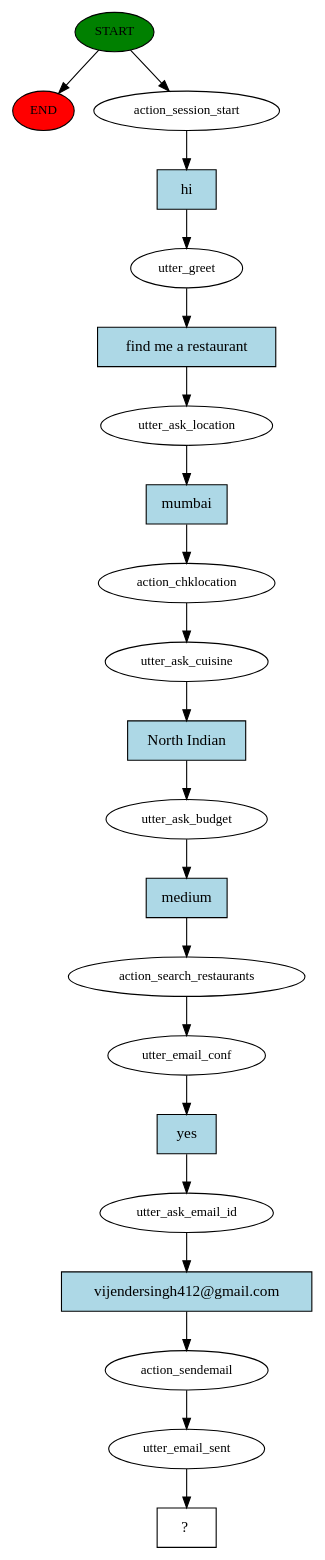
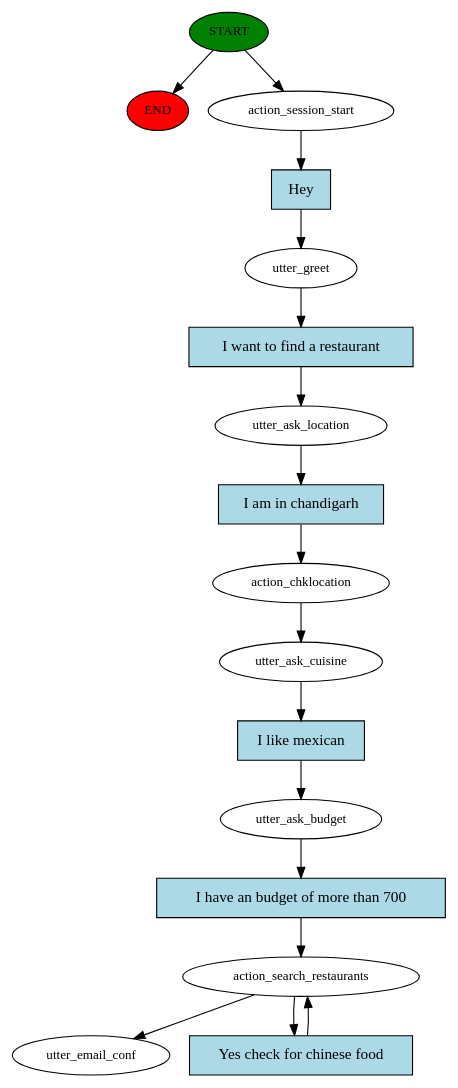
Before and after one commit to vijender412/Foodie_rasa_2.0: the diagram in story_graph.dot, drawn with Graphviz. The commit also changed 13 other files, not shown here.

```diff
--- a/story_graph.dot
+++ b/story_graph.dot
@@ -1,43 +1,34 @@
 digraph  {
 0 [class="start active", fillcolor=green, fontsize=12, label=START, style=filled];
 "-1" [class=end, fillcolor=red, fontsize=12, label=END, style=filled];
 1 [class=active, fontsize=12, label=action_session_start];
 2 [class=active, fontsize=12, label=utter_greet];
 3 [class=active, fontsize=12, label=utter_ask_location];
 4 [class=active, fontsize=12, label=action_chklocation];
 5 [class=active, fontsize=12, label=utter_ask_cuisine];
 6 [class=active, fontsize=12, label=utter_ask_budget];
 7 [class=active, fontsize=12, label=action_search_restaurants];
-8 [class=active, fontsize=12, label=utter_email_conf];
-9 [class=active, fontsize=12, label=utter_ask_email_id];
-10 [class=active, fontsize=12, label=action_sendemail];
-11 [class=active, fontsize=12, label=utter_email_sent];
-12 [class="intent dashed active", label="  ?  ", shape=rect];
-13 [class="intent active", fillcolor=lightblue, label=hi, shape=rect, style=filled];
-14 [class="intent active", fillcolor=lightblue, label="find me a restaurant", shape=rect, style=filled];
-15 [class="intent active", fillcolor=lightblue, label=mumbai, shape=rect, style=filled];
-16 [class="intent active", fillcolor=lightblue, label="North Indian", shape=rect, style=filled];
-17 [class="intent active", fillcolor=lightblue, label=medium, shape=rect, style=filled];
-18 [class="intent active", fillcolor=lightblue, label=yes, shape=rect, style=filled];
-19 [class="intent active", fillcolor=lightblue, label="vijendersingh412@gmail.com", shape=rect, style=filled];
+9 [class="dashed active", fontsize=12, label=utter_email_conf];
+10 [class="intent active", fillcolor=lightblue, label=Hey, shape=rect, style=filled];
+11 [class="intent active", fillcolor=lightblue, label="I want to find a restaurant", shape=rect, style=filled];
+12 [class="intent active", fillcolor=lightblue, label="I am in chandigarh", shape=rect, style=filled];
+13 [class="intent active", fillcolor=lightblue, label="I like mexican", shape=rect, style=filled];
+14 [class="intent active", fillcolor=lightblue, label="I have an budget of more than 700", shape=rect, style=filled];
+15 [class="intent active", fillcolor=lightblue, label="Yes check for chinese food", shape=rect, style=filled];
 0 -> "-1"  [class="", key=NONE, label=""];
 0 -> 1  [class=active, key=NONE, label=""];
-1 -> 13  [class=active, key=0];
-2 -> 14  [class=active, key=0];
-3 -> 15  [class=active, key=0];
+1 -> 10  [class=active, key=0];
+2 -> 11  [class=active, key=0];
+3 -> 12  [class=active, key=0];
 4 -> 5  [class=active, key=NONE, label=""];
-5 -> 16  [class=active, key=0];
-6 -> 17  [class=active, key=0];
-7 -> 8  [class=active, key=NONE, label=""];
-8 -> 18  [class=active, key=0];
-9 -> 19  [class=active, key=0];
-10 -> 11  [class=active, key=NONE, label=""];
-11 -> 12  [class=active, key=NONE, label=""];
-13 -> 2  [class=active, key=0];
-14 -> 3  [class=active, key=0];
-15 -> 4  [class=active, key=0];
-16 -> 6  [class=active, key=0];
-17 -> 7  [class=active, key=0];
-18 -> 9  [class=active, key=0];
-19 -> 10  [class=active, key=0];
+5 -> 13  [class=active, key=0];
+6 -> 14  [class=active, key=0];
+7 -> 9  [class=active, key=NONE, label=""];
+7 -> 15  [class=active, key=0];
+10 -> 2  [class=active, key=0];
+11 -> 3  [class=active, key=0];
+12 -> 4  [class=active, key=0];
+13 -> 6  [class=active, key=0];
+14 -> 7  [class=active, key=0];
+15 -> 7  [class=active, key=0];
 }
```
